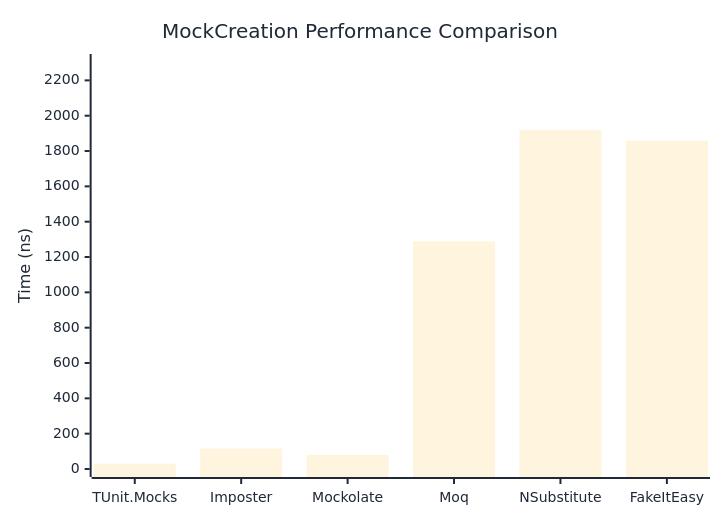
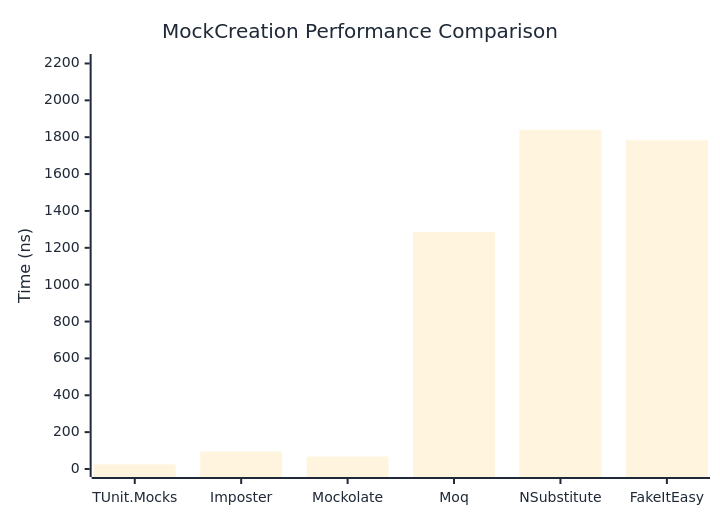
The first of 2 diagrams in docs/docs/benchmarks/mocks/MockCreation.md (thomhurst/TUnit), drawn with Mermaid before and after one commit. The commit also changed other lines of this file and 14 other files, not shown here.

````diff
--- a/docs/docs/benchmarks/mocks/MockCreation.md
+++ b/docs/docs/benchmarks/mocks/MockCreation.md
@@ -28,27 +28,27 @@
 ```mermaid
 %%{init: {
   'theme':'base',
   'themeVariables': {
     'primaryColor': '#2563eb',
     'primaryTextColor': '#1f2937',
     'primaryBorderColor': '#1e40af',
     'lineColor': '#6b7280',
     'secondaryColor': '#7c3aed',
     'tertiaryColor': '#dc2626',
     'background': '#ffffff',
     'pie1': '#2563eb',
     'pie2': '#7c3aed',
     'pie3': '#dc2626',
     'pie4': '#f59e0b',
     'pie5': '#10b981',
     'pie6': '#06b6d4',
     'pie7': '#ec4899',
     'pie8': '#6366f1'
   }
 }}%%
 xychart-beta
   title "MockCreation Performance Comparison"
   x-axis ["TUnit.Mocks", "Imposter", "Mockolate", "Moq", "NSubstitute", "FakeItEasy"]
-  y-axis "Time (ns)" 0 --> 2304
-  bar [30.58, 115.87, 80.15, 1288.25, 1919.85, 1858.95]
+  y-axis "Time (ns)" 0 --> 2208
+  bar [25.17, 94.83, 67.78, 1285.27, 1839.8, 1783.15]
 ```
````
